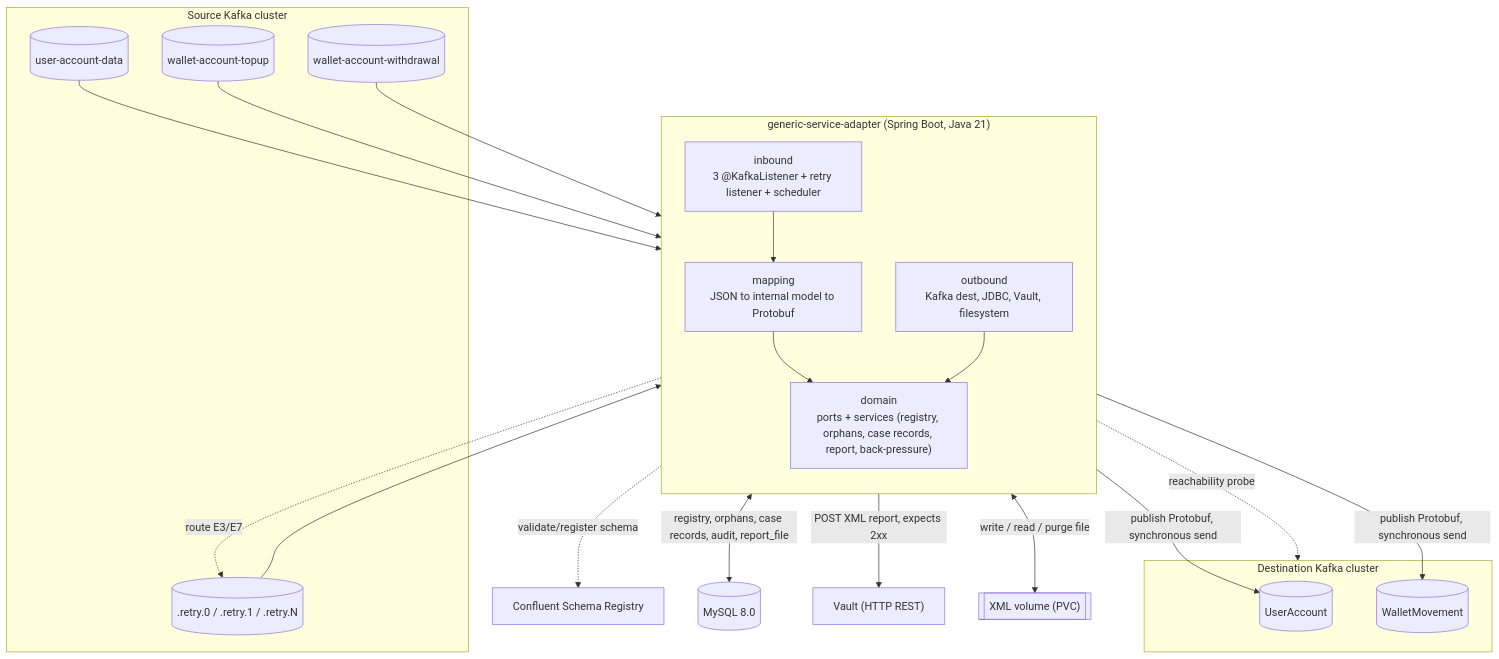
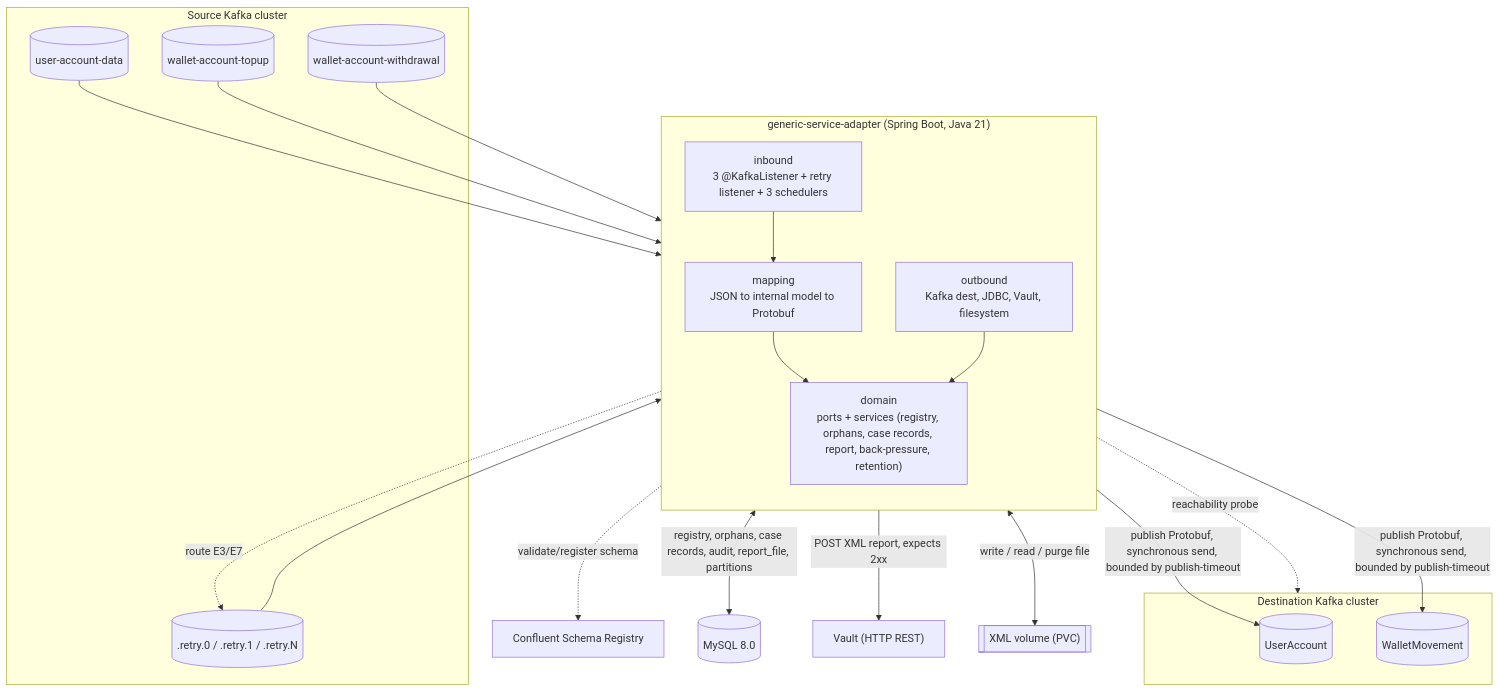
The first of 2 diagrams in docs/architettura/componenti.md (christ-otata/generic-adapter-service), drawn with Mermaid before and after one commit. The commit also changed other lines of this file and 14 other files, not shown here.

````diff
--- a/docs/architettura/componenti.md
+++ b/docs/architettura/componenti.md
@@ -63,39 +119,39 @@
 ```mermaid
 flowchart TB
     subgraph SRC["Source Kafka cluster"]
       TS1[("user-account-data")]
       TS2[("wallet-account-topup")]
       TS3[("wallet-account-withdrawal")]
       TR[(".retry.0 / .retry.1 / .retry.N")]
     end
 
     subgraph APP["generic-service-adapter (Spring Boot, Java 21)"]
       direction TB
-      IN["inbound<br/>3 @KafkaListener + retry listener + scheduler"]
+      IN["inbound<br/>3 @KafkaListener + retry listener + 3 schedulers"]
       MAP["mapping<br/>JSON to internal model to Protobuf"]
-      DOM["domain<br/>ports + services (registry, orphans, case records, report, back-pressure)"]
+      DOM["domain<br/>ports + services (registry, orphans, case records, report, back-pressure, retention)"]
       OUT["outbound<br/>Kafka dest, JDBC, Vault, filesystem"]
       IN --> MAP --> DOM
       OUT --> DOM
     end
 
     subgraph DST["Destination Kafka cluster"]
       TD1[("UserAccount")]
       TD2[("WalletMovement")]
     end
 
     SR["Confluent Schema Registry"]
     DB[("MySQL 8.0")]
     VA["Vault (HTTP REST)"]
     FS[["XML volume (PVC)"]]
 
     TS1 & TS2 & TS3 --> IN
     TR --> IN
     IN -.->|"route E3/E7"| TR
-    OUT -->|"publish Protobuf, synchronous send"| TD1 & TD2
+    OUT -->|"publish Protobuf, synchronous send, bounded by publish-timeout"| TD1 & TD2
     OUT -.->|"validate/register schema"| SR
-    OUT <-->|"registry, orphans, case records, audit, report_file"| DB
+    OUT <-->|"registry, orphans, case records, audit, report_file, partitions"| DB
     OUT -->|"POST XML report, expects 2xx"| VA
     OUT <-->|"write / read / purge file"| FS
     OUT -.->|"reachability probe"| DST
 ```
````
